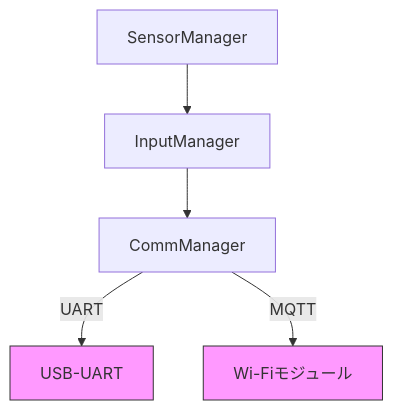
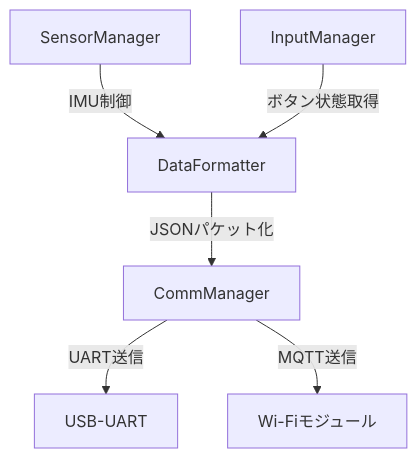
One commit to Hidenori24/Golf_HILS_System changed the third of 5 diagrams in README.md. Above: the diagram before and after it, drawn with Mermaid. The commit also changed other lines of this file, not shown here.

````diff
--- a/README.md
+++ b/README.md
@@ -134,9 +94,8 @@
 ```mermaid
 flowchart TD
-  SensorManager --> InputManager
-  InputManager --> CommManager
-  CommManager -->|UART| UART[USB-UART]
-  CommManager -->|MQTT| WiFi[Wi-Fiモジュール]
-  classDef hw fill:#f9f,stroke:#333
-  class UART,WiFi hw
+  SensorManager -- IMU制御 --> DataFormatter
+  InputManager -- ボタン状態取得 --> DataFormatter
+  DataFormatter -- JSONパケット化 --> CommManager
+  CommManager -- UART送信 --> UART_IF[USB-UART]
+  CommManager -- MQTT送信 --> WiFi_IF[Wi-Fiモジュール]
 ```
````
